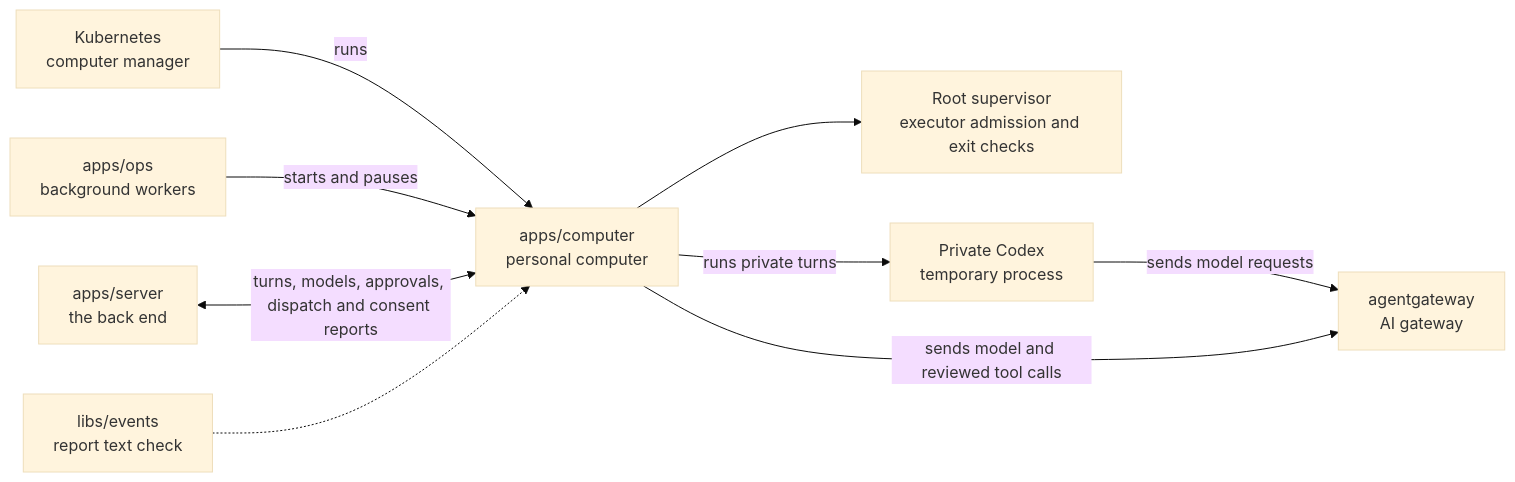
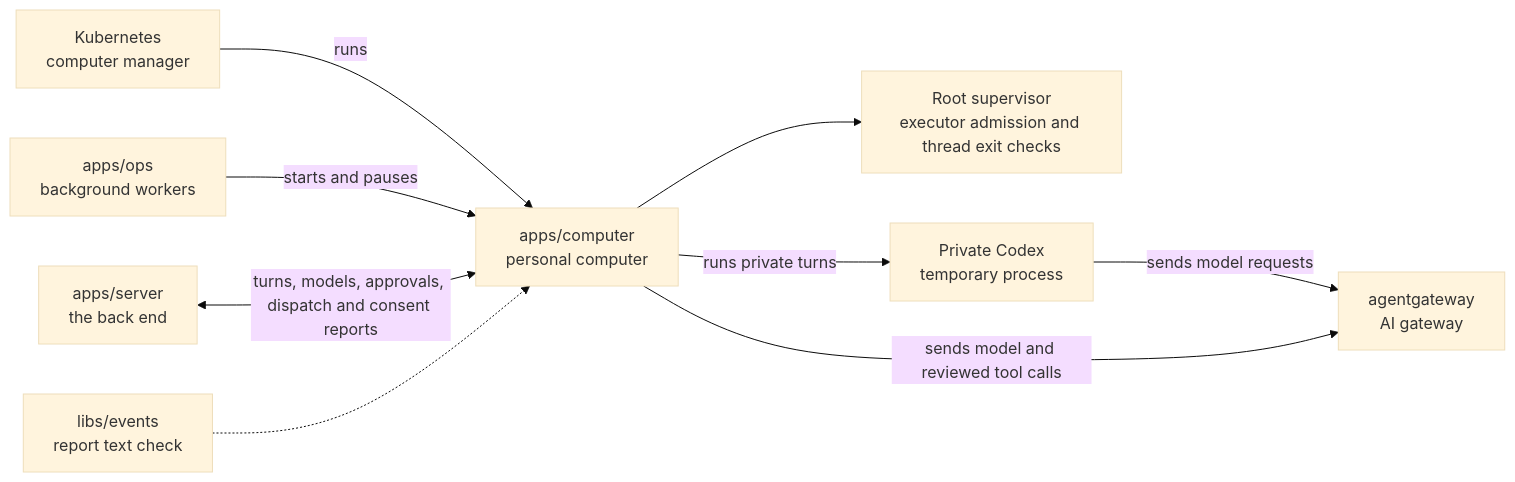
Before and after one commit to elewa-git/opencrane-new: the diagram in apps/computer/README.md, drawn with Mermaid (base theme). The commit also changed other lines of this file and 4 other files, not shown here.

Commit message:
🛑 Kill executor users before checking every thread for exit

````diff
--- a/apps/computer/README.md
+++ b/apps/computer/README.md
@@ -15,11 +15,11 @@
 ```mermaid
 flowchart LR
   kube["Kubernetes<br/>computer manager"] -->|runs| computer["apps/computer<br/>personal computer"]
   ops["apps/ops<br/>background workers"] -->|starts and pauses| computer
   server["apps/server<br/>the back end"] <-->|turns, models, approvals, dispatch and consent reports| computer
   events["libs/events<br/>report text check"] -.-> computer
-  computer --> supervisor["Root supervisor<br/>executor admission and exit checks"]
+  computer --> supervisor["Root supervisor<br/>executor admission and thread exit checks"]
   computer -->|runs private turns| private["Private Codex<br/>temporary process"]
   private -->|sends model requests| gateway
   computer -->|sends model and reviewed tool calls| gateway["agentgateway<br/>AI gateway"]
 ```
````
